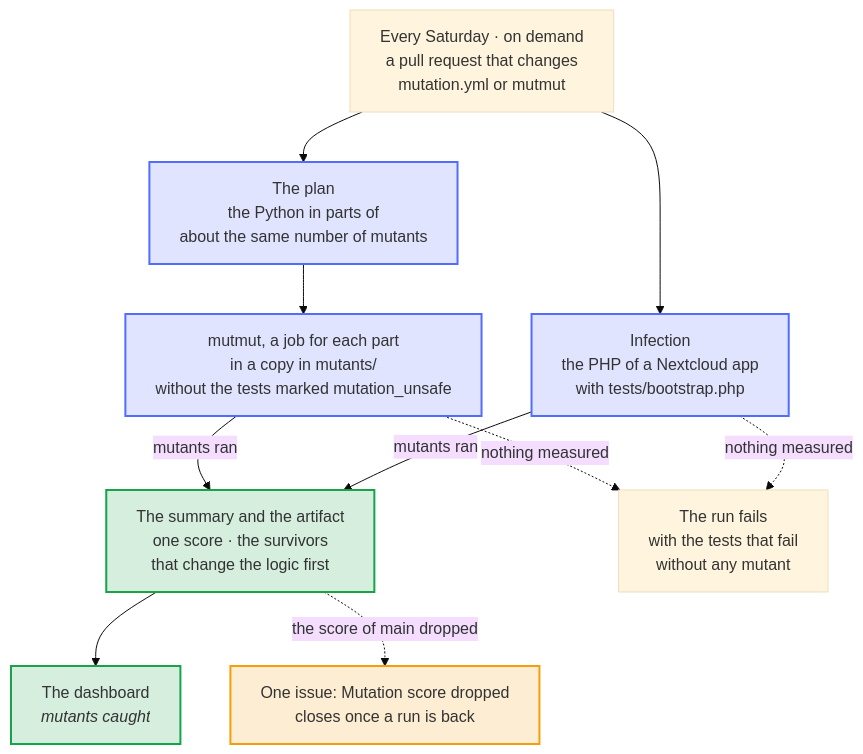
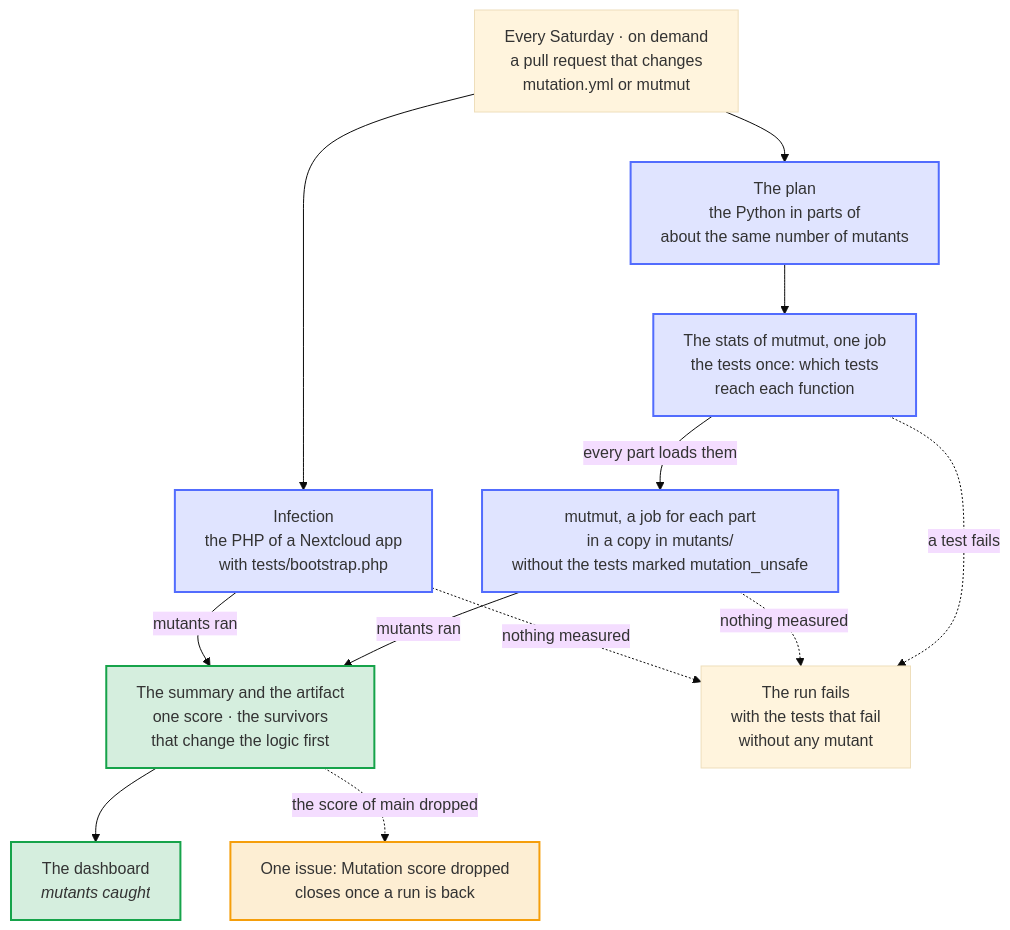
The diagram in docs/diagrams/how-the-mutation-tests-run.mmd (Dennis-Otto/repo-blueprint), drawn with Mermaid (base theme) before and after one commit. The commit also changed 16 other files, not shown here.

First line of the commit message:
perf(mutation): collect mutmut's stats once and share them with every part

```diff
--- a/docs/diagrams/how-the-mutation-tests-run.mmd
+++ b/docs/diagrams/how-the-mutation-tests-run.mmd
@@ -1,34 +1,37 @@
 ---
 config:
   flowchart:
     wrappingWidth: 400
 ---
 flowchart TB
     accTitle: How the mutation tests run
-    accDescr: Every Saturday, on demand, and for a pull request that changes how they run, the Mutation workflow runs the mutants. For Python, the plan splits the code into parts of about the same number of mutants, and mutmut runs each part in a job of its own, in a copy of the repository and without the tests marked mutation_unsafe; Infection changes the PHP of a Nextcloud app, with the bootstrap of its tests. The summary shows one score and first the survivors that change the logic, with their changes, the artifact keeps them and the dashboard shows the score. When the score of the default branch drops below that of the run before, one issue opens, which closes once a run is back. A run that measured nothing fails and names the tests that failed without any mutant.
+    accDescr: Every Saturday, on demand, and for a pull request that changes how they run, the Mutation workflow runs the mutants. For Python, the plan splits the code into parts of about the same number of mutants, a pull request tries a sample of them in one part, and one job runs the tests once to record which tests reach each function: the stats of mutmut, which every part loads. mutmut runs each part in a job of its own, in a copy of the repository and without the tests marked mutation_unsafe; Infection changes the PHP of a Nextcloud app, with the bootstrap of its tests. The summary shows one score and first the survivors that change the logic, with their changes, the artifact keeps them and the dashboard shows the score. When the score of the default branch drops below that of the run before, one issue opens, which closes once a run is back. A run that measured nothing fails and names the tests that failed without any mutant; when they fail in the stats, no part starts.
 
     start["Every Saturday · on demand<br>a pull request that changes<br>mutation.yml or mutmut"]
     plan["The plan<br>the Python in parts of<br>about the same number of mutants"]
+    stats["The stats of mutmut, one job<br>the tests once: which tests<br>reach each function"]
     python["mutmut, a job for each part<br>in a copy in mutants/<br>without the tests marked mutation_unsafe"]
     php["Infection<br>the PHP of a Nextcloud app<br>with tests/bootstrap.php"]
     score["The summary and the artifact<br>one score · the survivors<br>that change the logic first"]
     dashboard["`The dashboard<br>*mutants caught*`"]
     issue["One issue: Mutation score dropped<br>closes once a run is back"]
     fail["The run fails<br>with the tests that fail<br>without any mutant"]
 
     start --> plan
-    plan --> python
+    plan --> stats
+    stats -- "every part loads them" --> python
     start --> php
     python -- "mutants ran" --> score
     php -- "mutants ran" --> score
     score --> dashboard
     score -. "the score of main dropped" .-> issue
+    stats -. "a test fails" .-> fail
     python -. "nothing measured" .-> fail
     php -. "nothing measured" .-> fail
 
     classDef bot fill:#526cfe2e,stroke:#526cfe,stroke-width:2px
     classDef done fill:#16a34a2e,stroke:#16a34a,stroke-width:2px
     classDef person fill:#f59e0b2e,stroke:#f59e0b,stroke-width:2px
-    class plan,python,php bot
+    class plan,stats,python,php bot
     class score,dashboard done
     class issue person
```
